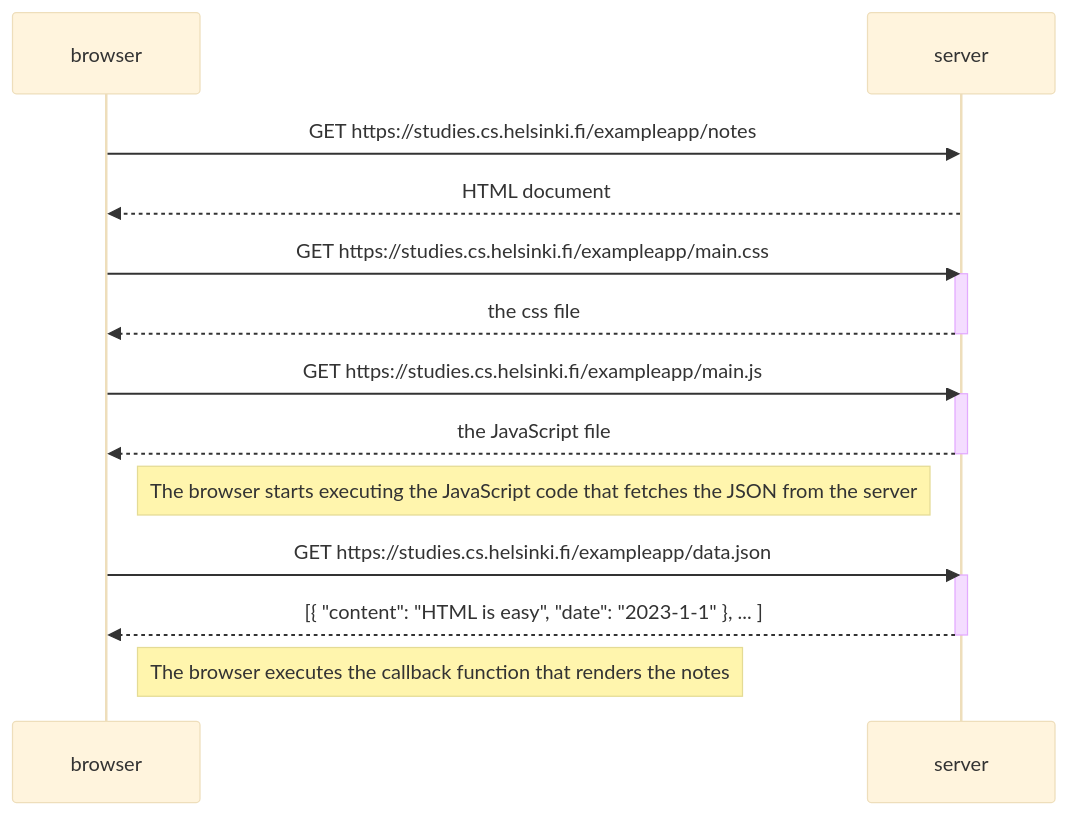
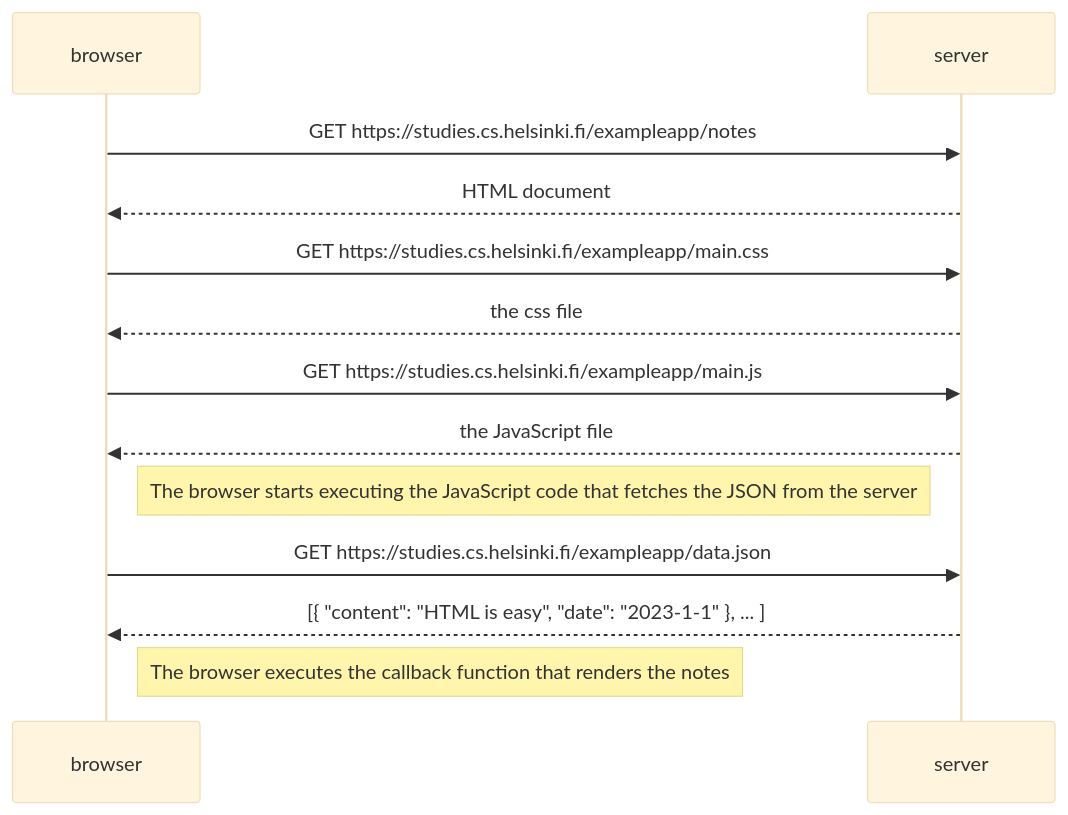
Before and after one commit to szmaragdynia/FullstackLearning: the diagram in part0/excercise0-4.md, drawn with Mermaid (base theme). The commit also changed 1 other file, not shown here.

Commit message:
testing mermaid

````diff
--- a/part0/excercise0-4.md
+++ b/part0/excercise0-4.md
@@ -1,28 +1,20 @@
 ```mermaid
 sequenceDiagram
-    participant browser
-    participant server
     
     browser->>server: GET https://studies.cs.helsinki.fi/exampleapp/notes
     server-->>browser: HTML document
     
     browser->>server: GET https://studies.cs.helsinki.fi/exampleapp/main.css
-    activate server
     server-->>browser: the css file
-    deactivate server
     
     browser->>server: GET https://studies.cs.helsinki.fi/exampleapp/main.js
-    activate server
     server-->>browser: the JavaScript file
-    deactivate server
     
     Note right of browser: The browser starts executing the JavaScript code that fetches the JSON from the server
     
     browser->>server: GET https://studies.cs.helsinki.fi/exampleapp/data.json
-    activate server
     server-->>browser: [{ "content": "HTML is easy", "date": "2023-1-1" }, ... ]
-    deactivate server 
 
     Note right of browser: The browser executes the callback function that renders the notes
     
 ```
````
